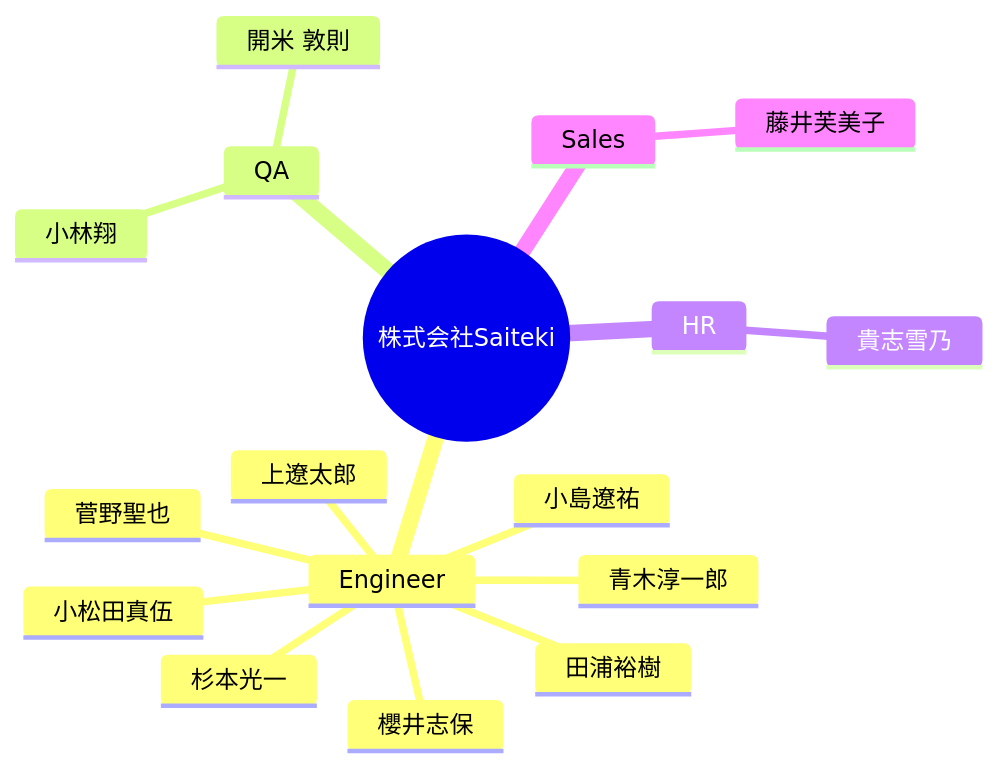
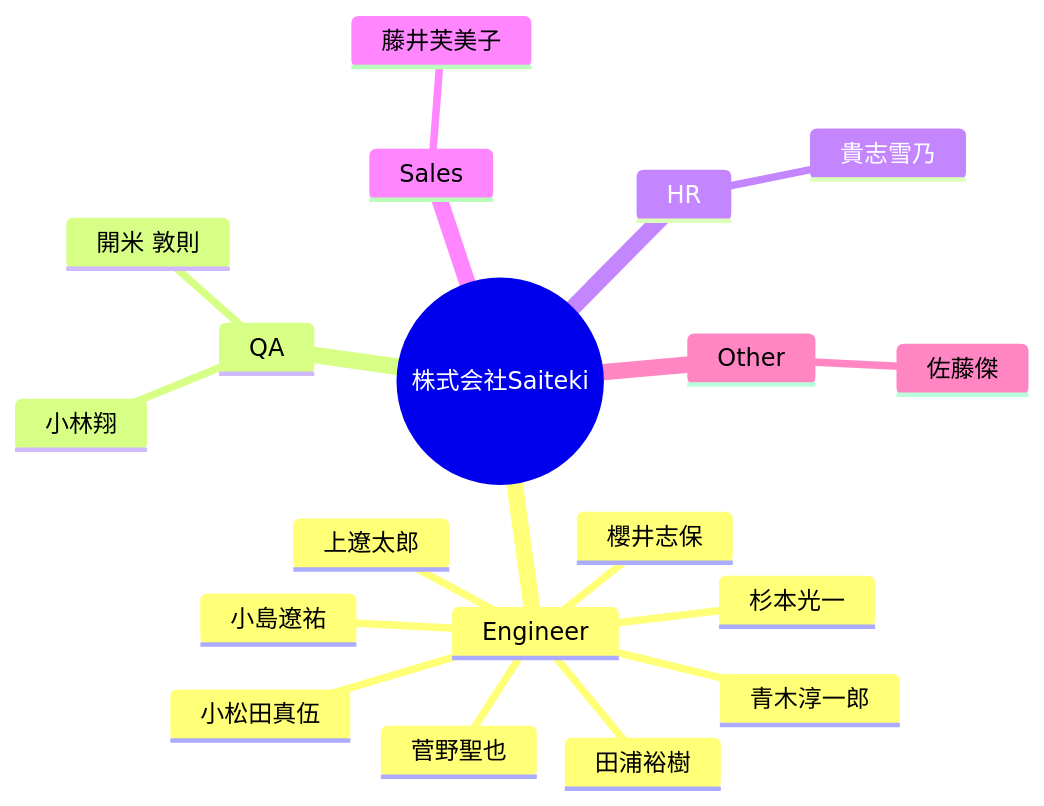
The diagram in docs/TEAM.md (Saitekiinc-com/saiteki-employee-management), drawn with Mermaid before and after one commit. The commit also changed other lines of this file and 2 other files, not shown here.

Commit message:
Update employee data from Issue #16

````diff
--- a/docs/TEAM.md
+++ b/docs/TEAM.md
@@ -5,20 +5,22 @@
 ```mermaid
 mindmap
   root((株式会社Saiteki))
     Engineer
       杉本光一
       青木淳一郎
       櫻井志保
       田浦裕樹
       上遼太郎
       小松田真伍
       小島遼祐
       菅野聖也
     QA
       小林翔
       開米 敦則
     HR
       貴志雪乃
     Sales
       藤井芙美子
+    Other
+      佐藤傑
 ```
````
